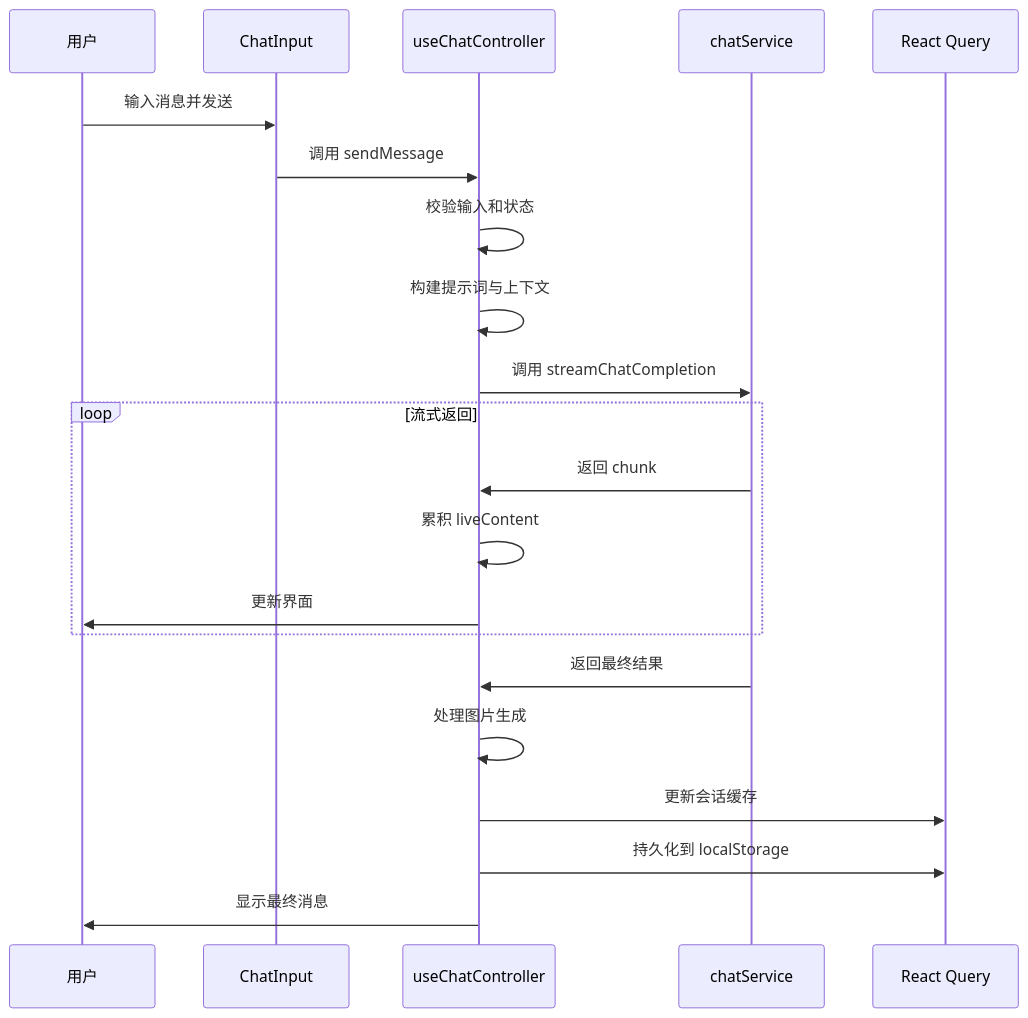
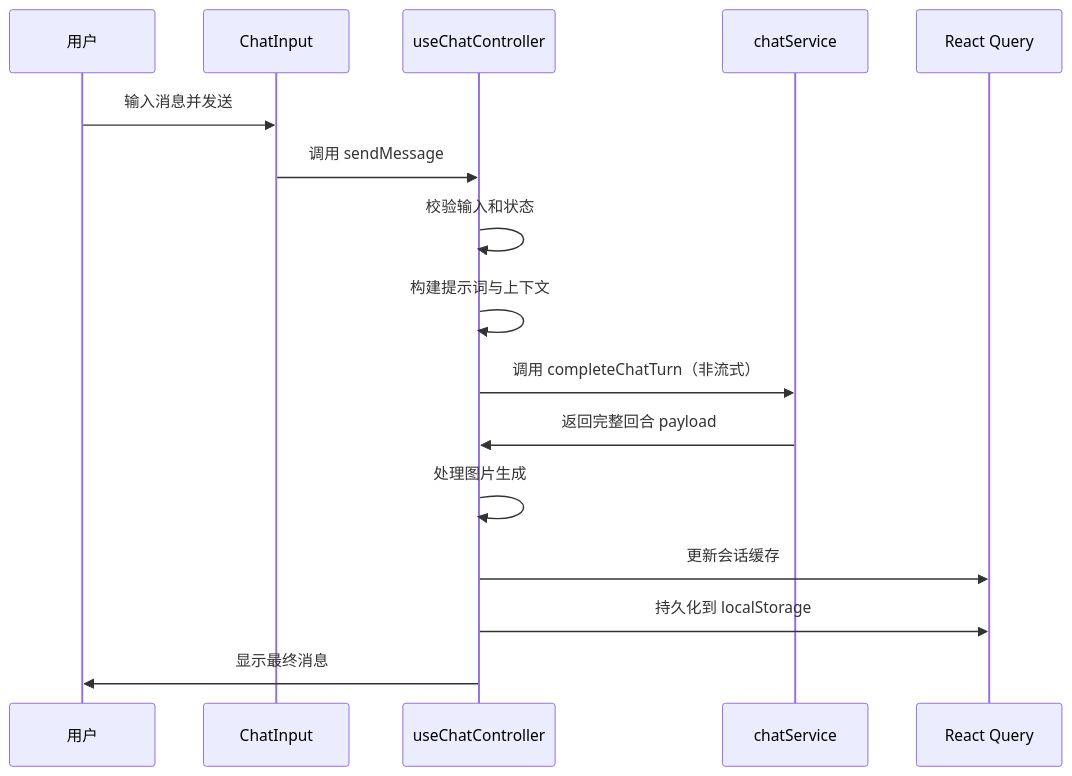
One commit to SaltedFish-No1/npc changed the fifth of 10 diagrams in web/docs/web-arch.md. Above: the diagram before and after it, drawn with Mermaid. The commit also changed other lines of this file and 62 other files, not shown here.

````diff
--- a/web/docs/web-arch.md
+++ b/web/docs/web-arch.md
@@ -144,24 +153,19 @@
 ```mermaid
 sequenceDiagram
     participant User as 用户
     participant Input as ChatInput
     participant Controller as useChatController
     participant Service as chatService
     participant Query as React Query
 
     User->>Input: 输入消息并发送
     Input->>Controller: 调用 sendMessage
     Controller->>Controller: 校验输入和状态
     Controller->>Controller: 构建提示词与上下文
-    Controller->>Service: 调用 streamChatCompletion
-    loop 流式返回
-        Service->>Controller: 返回 chunk
-        Controller->>Controller: 累积 liveContent
-        Controller->>User: 更新界面
-    end
-    Service->>Controller: 返回最终结果
+    Controller->>Service: 调用 completeChatTurn（非流式）
+    Service->>Controller: 返回完整回合 payload
     Controller->>Controller: 处理图片生成
     Controller->>Query: 更新会话缓存
     Controller->>Query: 持久化到 localStorage
     Controller->>User: 显示最终消息
 ```
````
